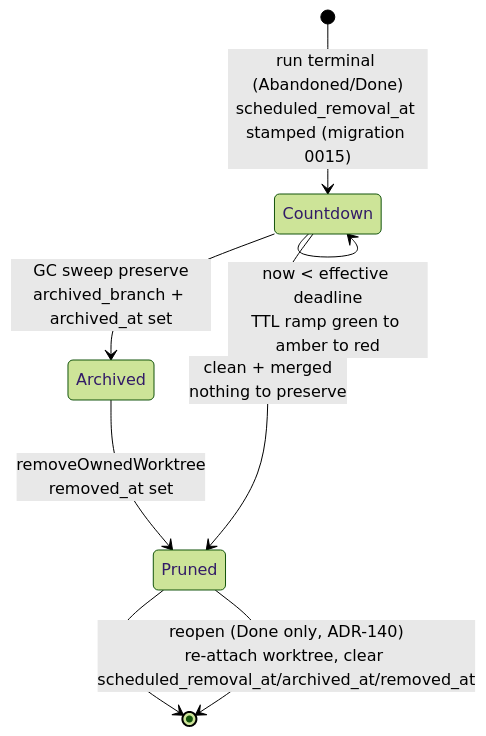
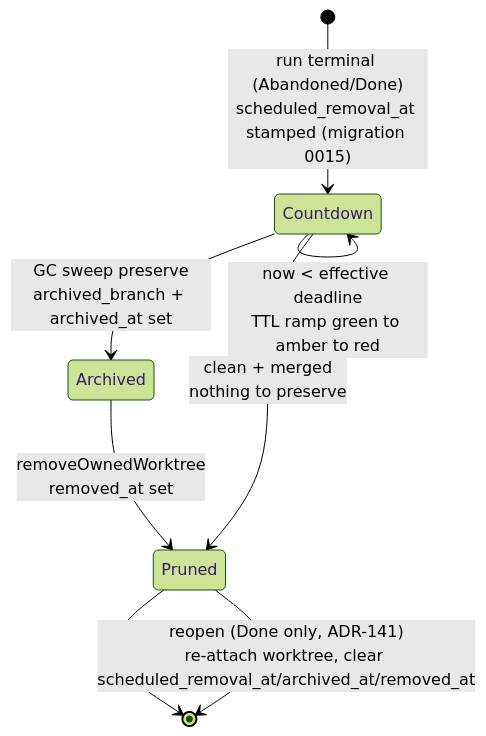
One commit to maister-dev/maister changed the second of 13 diagrams in docs/system-analytics/workspaces.md. Above: the diagram before and after it, drawn with Mermaid (forest theme). The commit also changed other lines of this file and 102 other files, not shown here.

````diff
--- a/docs/system-analytics/workspaces.md
+++ b/docs/system-analytics/workspaces.md
@@ -127,10 +127,10 @@
 ```mermaid
 stateDiagram-v2
     [*] --> Countdown: run terminal (Abandoned/Done)<br/>scheduled_removal_at stamped (migration 0015)
     Countdown --> Countdown: now < effective deadline<br/>TTL ramp green to amber to red
     Countdown --> Archived: GC sweep preserve<br/>archived_branch + archived_at set
     Archived --> Pruned: removeOwnedWorktree<br/>removed_at set
     Countdown --> Pruned: clean + merged<br/>nothing to preserve
     Pruned --> [*]
-    Pruned --> [*]: reopen (Done only, ADR-140)<br/>re-attach worktree, clear scheduled_removal_at/archived_at/removed_at
+    Pruned --> [*]: reopen (Done only, ADR-141)<br/>re-attach worktree, clear scheduled_removal_at/archived_at/removed_at
 ```
````
